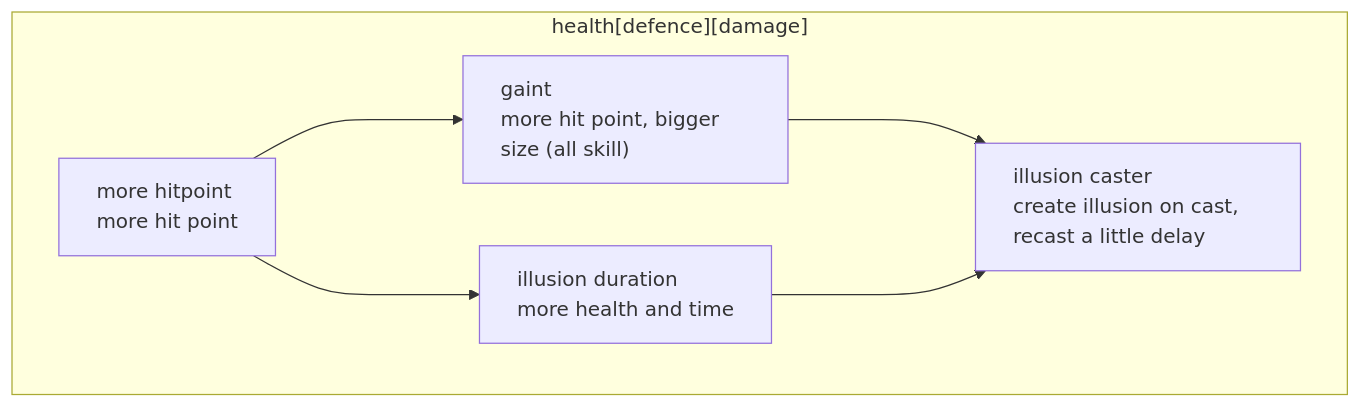
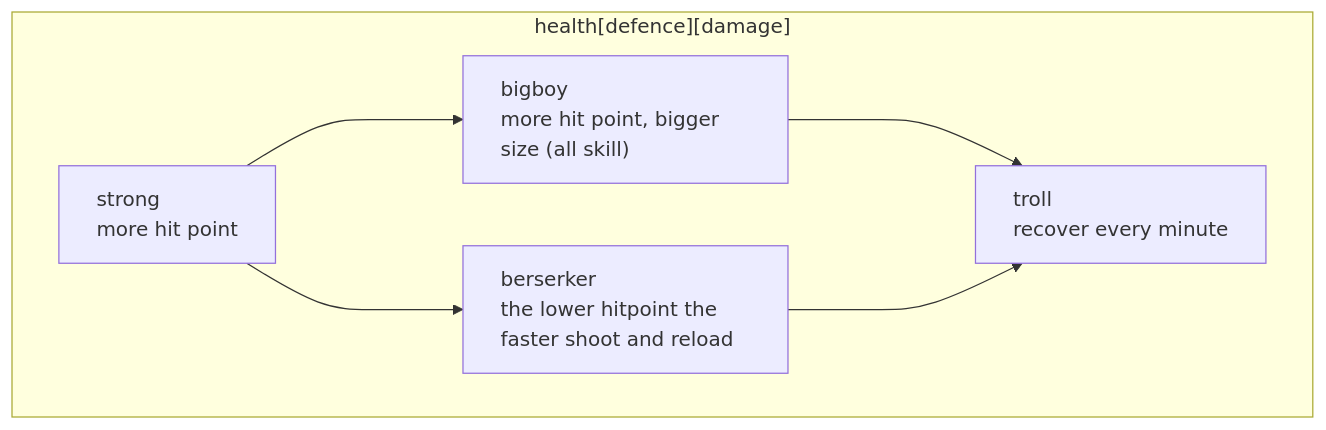
One commit to ssddi456/rouge_game changed the sixth of 7 diagrams in src/upgrades/design.md. Above: the diagram before and after it, drawn with Mermaid. The commit also changed 26 other files, not shown here.

````diff
--- a/src/upgrades/design.md
+++ b/src/upgrades/design.md
@@ -88,14 +88,14 @@
 ```mermaid
 graph TD;
     style A1 text-align:left
     style B1 text-align:left
     style C1 text-align:left
     style D1 text-align:left
 
     subgraph "health[defence][damage]"
-        A1[more hitpoint<br />more hit point]
-        A1--->B1["gaint<br />more hit point, bigger size (all skill)"]
-        A1--->C1[illusion duration<br />more health and time]
-        B1 & C1 ---> D1[illusion caster<br />create illusion on cast, recast a little delay]
+        A1[strong<br />more hit point]
+        A1--->B1["bigboy<br />more hit point, bigger size (all skill)"]
+        A1--->C1[berserker<br />the lower hitpoint the faster shoot and reload]
+        B1 & C1 ---> D1[troll<br />recover every minute]
     end
 ```
````
